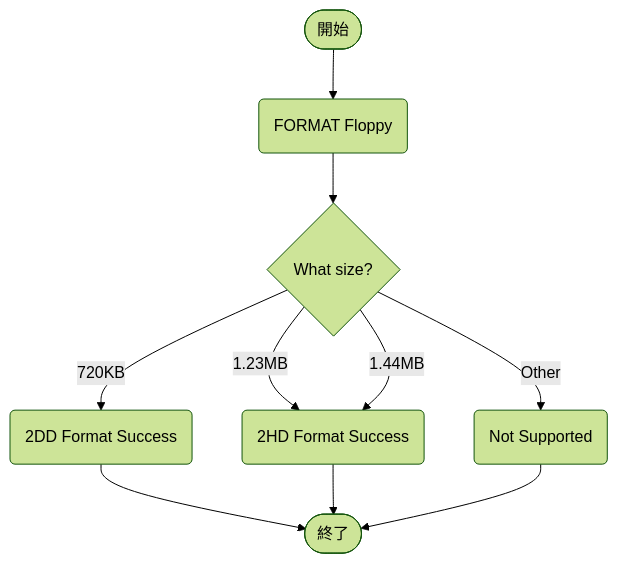
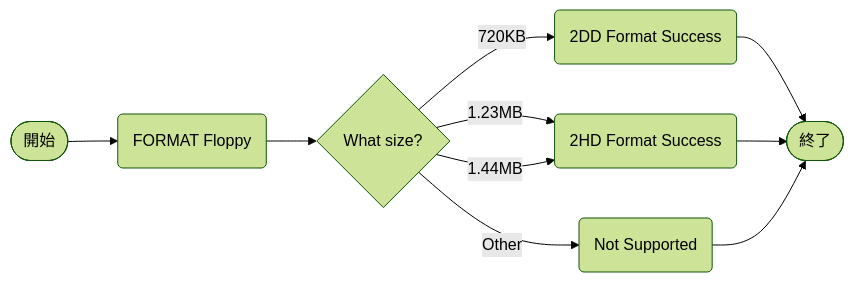
One commit to tpu-game-2022/mermaid_test changed the first of 3 diagrams in README.md. Above: the diagram before and after it, drawn with Mermaid (forest theme). The commit also changed other lines of this file, not shown here.

````diff
--- a/README.md
+++ b/README.md
@@ -20,12 +20,12 @@
 ```mermaid
-flowchart TD;
+flowchart LR;
   START([開始]) --> A(FORMAT Floppy)
   A --> B{What size?}
   B -->|720KB|C(2DD Format Success)
   B -->|1.23MB|D(2HD Format Success)
   B -->|1.44MB|D
   B -->|Other|E(Not Supported)
   C --> END([終了])
   D --> END([終了])
   E --> END([終了])
 ```
````
